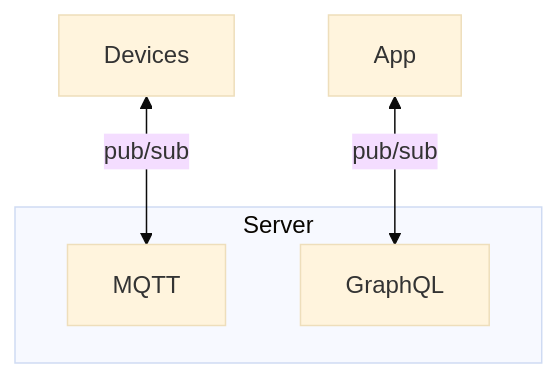
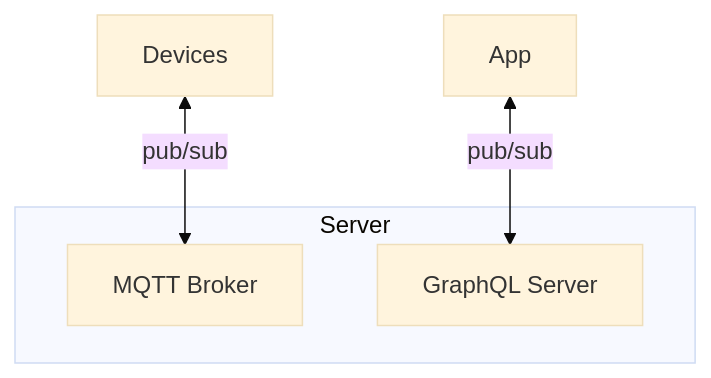
One commit to anoochit/graphql_mqtt_server changed the diagram in README.md. Above: the diagram before and after it, drawn with Mermaid (base theme). The commit also changed 2 other files, not shown here.

Commit message:
update firmware

````diff
--- a/README.md
+++ b/README.md
@@ -31,11 +31,11 @@
 ```mermaid
 flowchart TD
 
     subgraph Server
-        A[MQTT]
-        B[GraphQL] 
+        A[MQTT Broker]
+        B[GraphQL Server] 
     end
 
     D[Devices] <--pub/sub--> A
     E[App] <--pub/sub--> B
 ```
````
